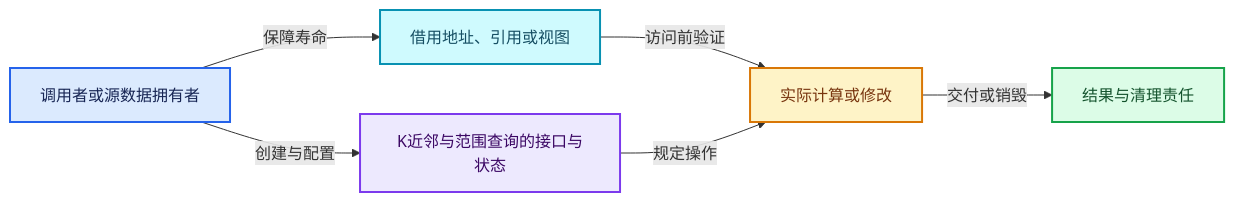
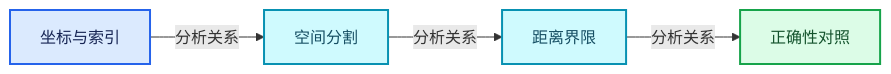
Before and after one commit to yunkezengren/blender-.vscode: the third of 4 diagrams in 杂/markdown/全面学习-codex/12-空间数据结构与几何算法/05-K近邻与范围查询.md, drawn with Mermaid. The commit also changed other lines of this file and 1930 other files, not shown here.

````diff
--- a/杂/markdown/全面学习-codex/12-空间数据结构与几何算法/05-K近邻与范围查询.md
+++ b/杂/markdown/全面学习-codex/12-空间数据结构与几何算法/05-K近邻与范围查询.md
@@ -907,19 +64,16 @@
 ```mermaid
 flowchart LR
-  O["调用者或源数据拥有者"]:::input
-  V["K近邻与范围查询的接口与状态"]:::abstraction
-  B["借用地址、引用或视图"]:::data
-  W["实际计算或修改"]:::compute
-  R["结果与清理责任"]:::result
-  O -->|"创建与配置"| V
-  O -->|"保障寿命"| B
-  B -->|"访问前验证"| W
-  V -->|"规定操作"| W
-  W -->|"交付或销毁"| R
+  P0["坐标与索引"]:::input
+  P1["空间分割"]:::data
+  P2["距离界限"]:::data
+  P3["正确性对照"]:::result
+  P0 -->|"分析关系"| P1
+  P1 -->|"分析关系"| P2
+  P2 -->|"分析关系"| P3
   classDef input fill:#DBEAFE,stroke:#2563EB,color:#172554,stroke-width:2px;
   classDef data fill:#CFFAFE,stroke:#0891B2,color:#164E63,stroke-width:2px;
   classDef abstraction fill:#EDE9FE,stroke:#7C3AED,color:#3B0764,stroke-width:2px;
   classDef compute fill:#FEF3C7,stroke:#D97706,color:#78350F,stroke-width:2px;
   classDef result fill:#DCFCE7,stroke:#16A34A,color:#14532D,stroke-width:2px;
   classDef error fill:#FEE2E2,stroke:#DC2626,color:#7F1D1D,stroke-width:2px;
 ```
````
